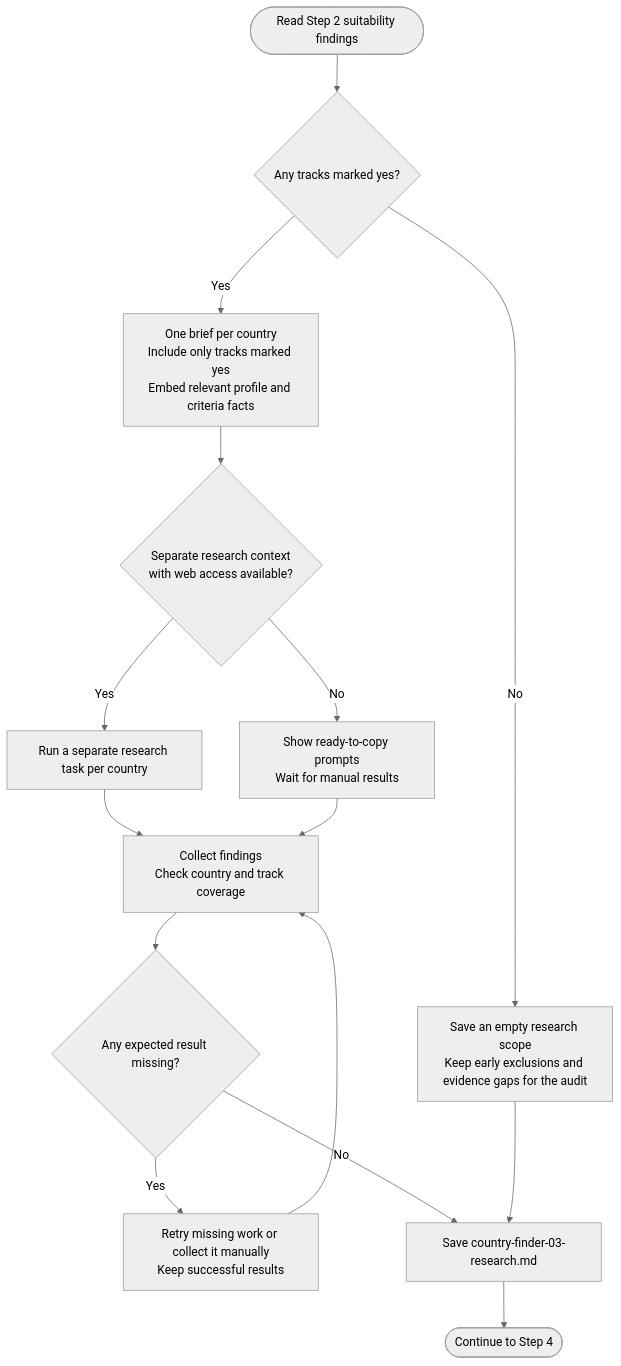
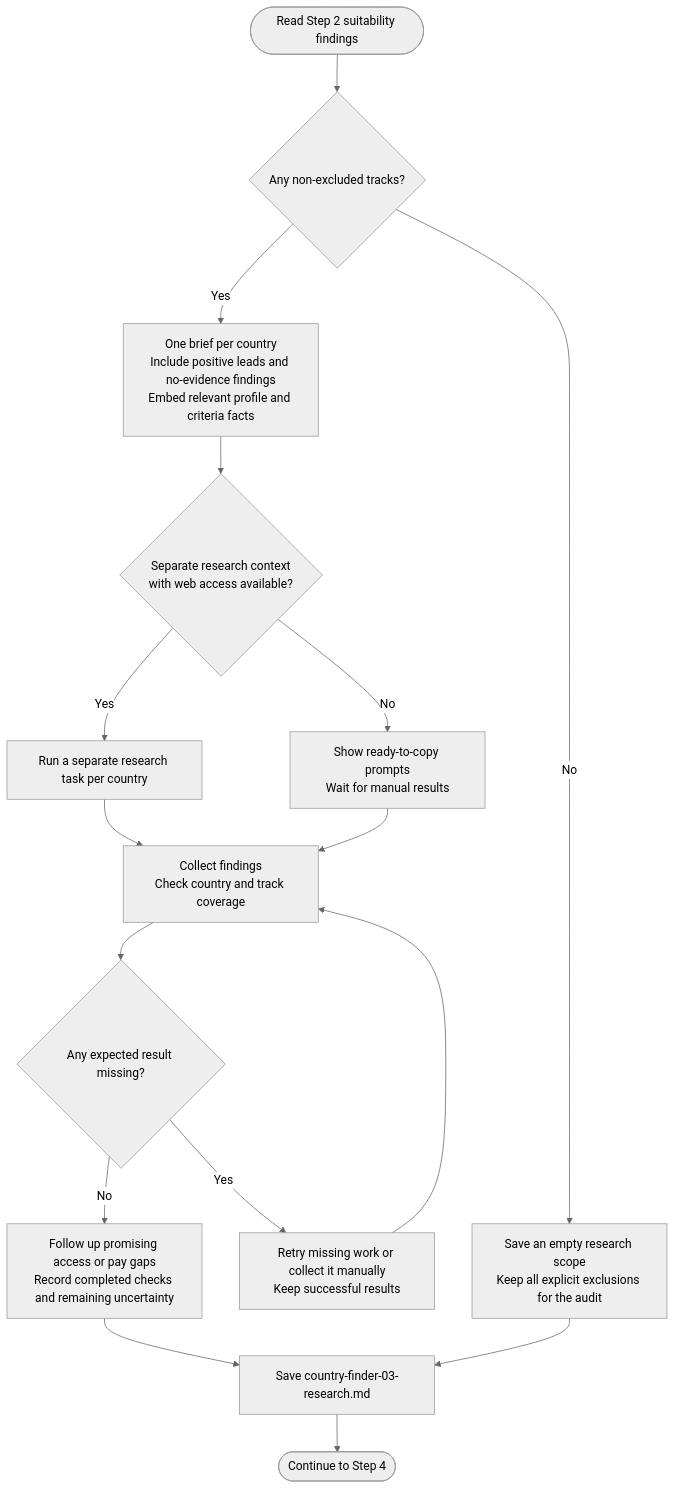
The diagram in docs/commands/country-finder/step3-research-prompt-generator/detailed.md (myowinthein/agent-compass), drawn with Mermaid (neutral theme) before and after one commit. The commit also changed other lines of this file and 32 other files, not shown here.

First line of the commit message:
feat(country-finder): compare markets and rank tracks independently

````diff
--- a/docs/commands/country-finder/step3-research-prompt-generator/detailed.md
+++ b/docs/commands/country-finder/step3-research-prompt-generator/detailed.md
@@ -23,17 +24,18 @@
 ```mermaid
 flowchart TD
-  Start(["Read Step 2 suitability findings"]) --> Eligible{"Any tracks marked yes?"}
-  Eligible -->|No| Empty["Save an empty research scope<br/>Keep early exclusions and evidence gaps for the audit"]
-  Eligible -->|Yes| Brief["One brief per country<br/>Include only tracks marked yes<br/>Embed relevant profile and criteria facts"]
+  Start(["Read Step 2 suitability findings"]) --> Eligible{"Any non-excluded tracks?"}
+  Eligible -->|No| Empty["Save an empty research scope<br/>Keep all explicit exclusions for the audit"]
+  Eligible -->|Yes| Brief["One brief per country<br/>Include positive leads and no-evidence findings<br/>Embed relevant profile and criteria facts"]
   Brief --> Cap{"Separate research context<br/>with web access available?"}
   Cap -->|Yes| Tasks["Run a separate research task per country"]
   Cap -->|No| Manual["Show ready-to-copy prompts<br/>Wait for manual results"]
   Tasks --> Collect["Collect findings<br/>Check country and track coverage"]
   Manual --> Collect
   Collect --> Missing{"Any expected result missing?"}
   Missing -->|Yes| Resolve["Retry missing work or collect it manually<br/>Keep successful results"]
   Resolve --> Collect
-  Missing -->|No| Save["Save country-finder-03-research.md"]
+  Missing -->|No| Follow["Follow up promising access or pay gaps<br/>Record completed checks and remaining uncertainty"]
+  Follow --> Save["Save country-finder-03-research.md"]
   Empty --> Save
   Save --> Next(["Continue to Step 4"])
 ```
````
